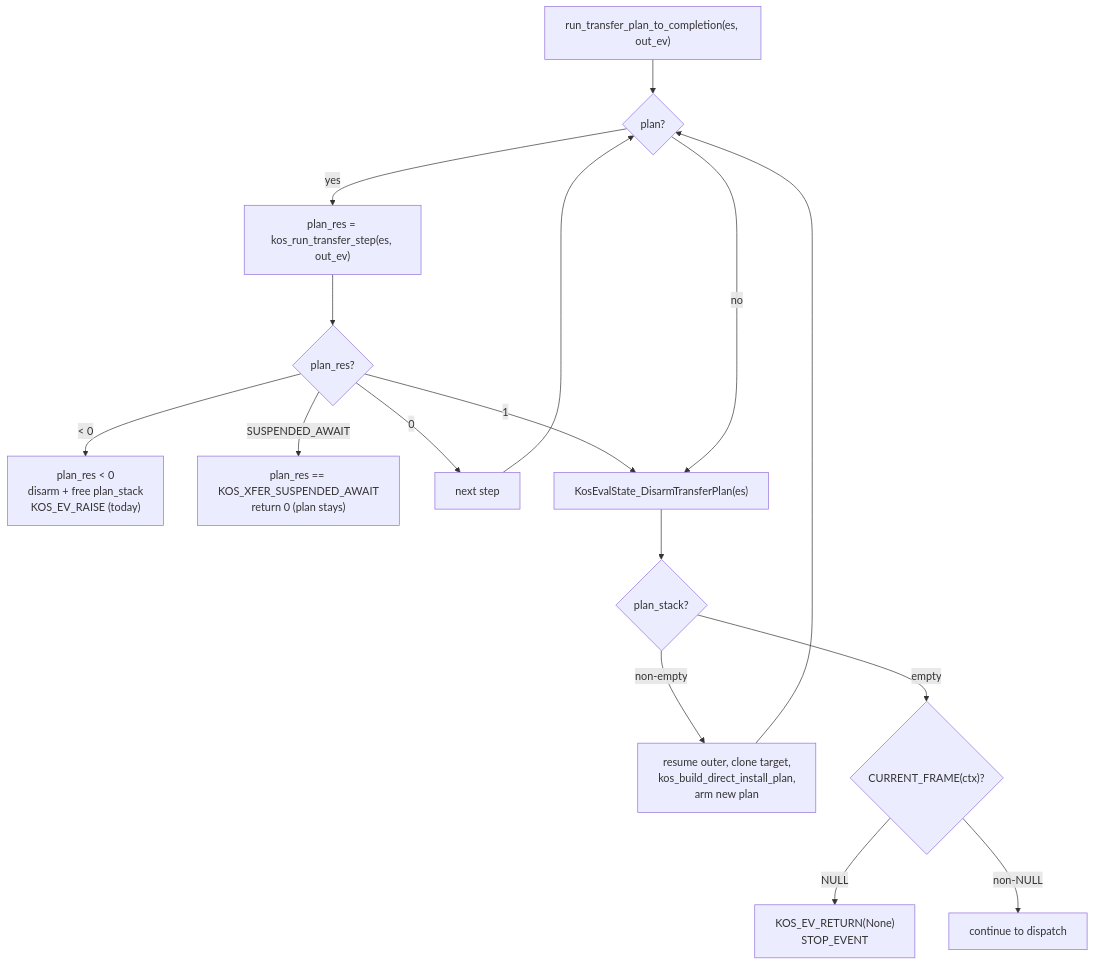
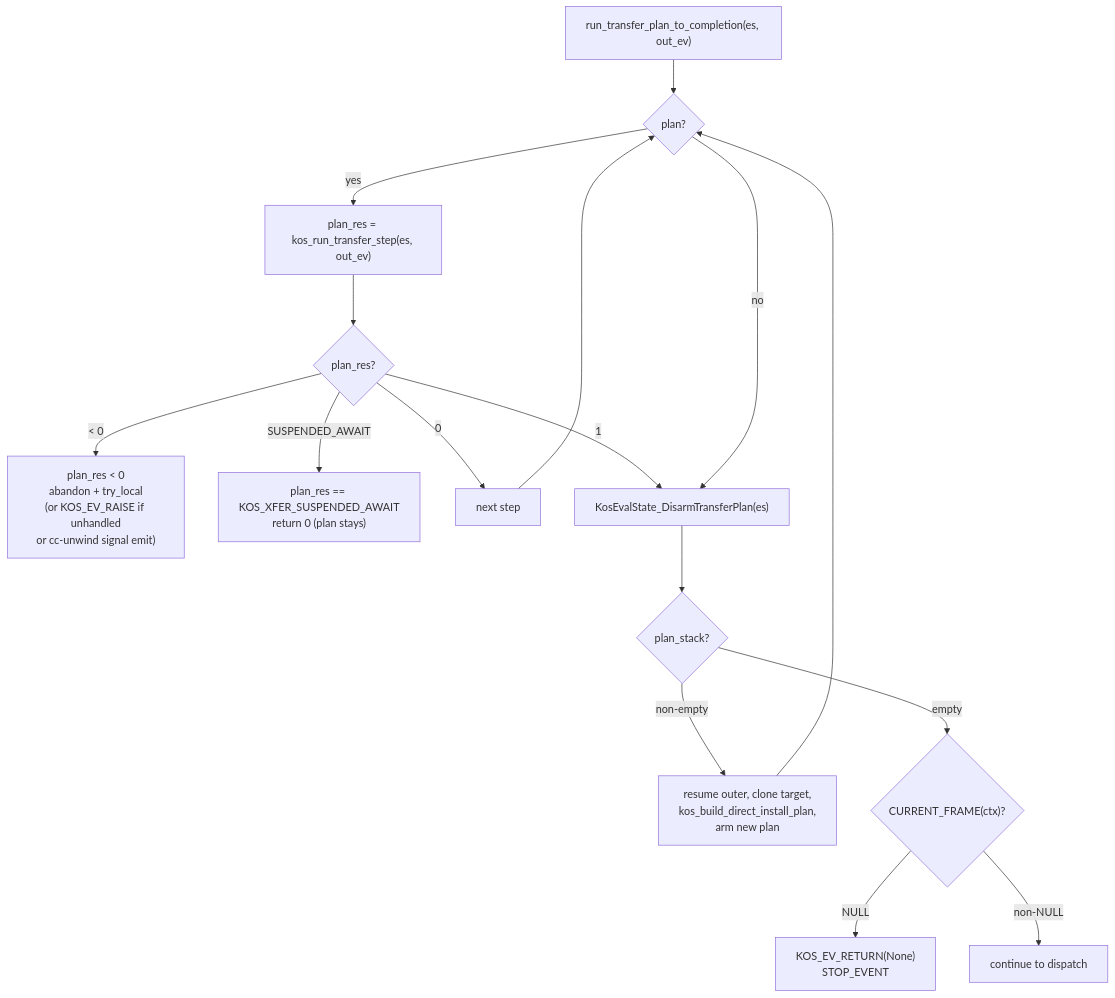
One commit to koskari-lang/koskari changed the fourth of 11 diagrams in design/EVALUATOR.md. Above: the diagram before and after it, drawn with Mermaid. The commit also changed other lines of this file and 8 other files, not shown here.

First line of the commit message:
Abandon failed transfer plans via try_local; carve out cc-unwind

````diff
--- a/design/EVALUATOR.md
+++ b/design/EVALUATOR.md
@@ -261,31 +261,31 @@
 ```mermaid
 flowchart TD
     start["run_transfer_plan_to_completion(es, out_ev)"]
     has_plan{"plan?"}
     step["plan_res = kos_run_transfer_step(es, out_ev)"]
     step_check{"plan_res?"}
-    fail["plan_res < 0<br/>disarm + free plan_stack<br/>KOS_EV_RAISE (today)"]
+    fail["plan_res < 0<br/>abandon + try_local<br/>(or KOS_EV_RAISE if unhandled<br/>or cc-unwind signal emit)"]
     suspend["plan_res == KOS_XFER_SUSPENDED_AWAIT<br/>return 0 (plan stays)"]
     next_step["next step"]
     clear["KosEvalState_DisarmTransferPlan(es)"]
     stack_check{"plan_stack?"}
     replan["resume outer, clone target,<br/>kos_build_direct_install_plan,<br/>arm new plan"]
     frame_check{"CURRENT_FRAME(ctx)?"}
     ret_none["KOS_EV_RETURN(None)<br/>STOP_EVENT"]
 
     start --> has_plan
     has_plan -->|yes| step
     step --> step_check
     step_check -->|< 0| fail
     step_check -->|SUSPENDED_AWAIT| suspend
     step_check -->|1| clear
     step_check -->|0| next_step
     next_step --> has_plan
     has_plan -->|no| clear
     clear --> stack_check
     stack_check -->|non-empty| replan
     replan --> has_plan
     stack_check -->|empty| frame_check
     frame_check -->|NULL| ret_none
     frame_check -->|non-NULL| loop_next["continue to dispatch"]
 ```
````
